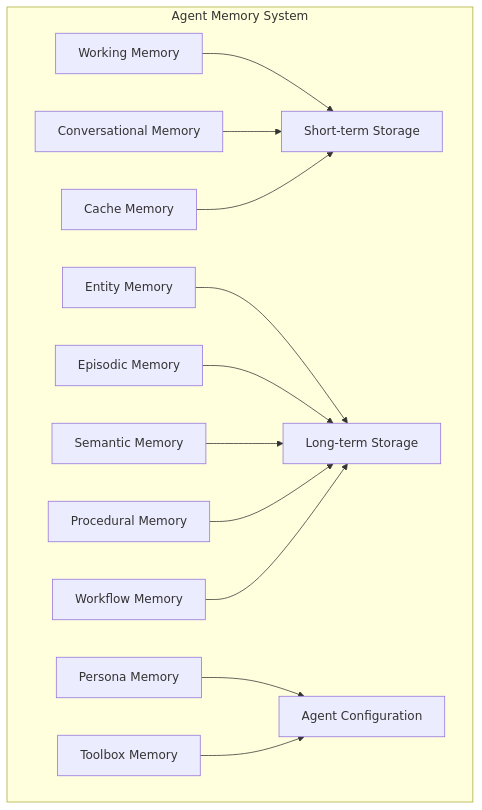
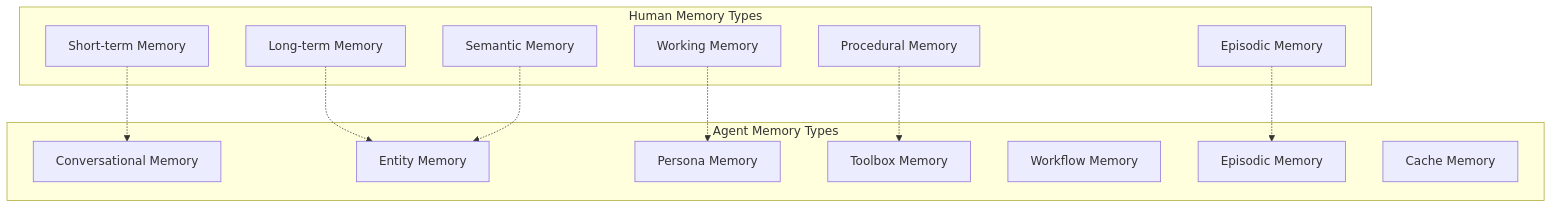
One commit to bredmond1019/learn-ai changed the diagram in content/learn/paths/agent-memory-systems/modules/02-memory-types-architecture.mdx. Above: the diagram before and after it, drawn with Mermaid. The commit also changed other lines of this file and 81 other files, not shown here.

````diff
--- a/content/learn/paths/agent-memory-systems/modules/02-memory-types-architecture.mdx
+++ b/content/learn/paths/agent-memory-systems/modules/02-memory-types-architecture.mdx
@@ -16,15 +29,28 @@
 ```mermaid
 graph TB
-    subgraph "Agent Memory System"
-        A[Working Memory] --> B[Short-term Storage]
-        C[Conversational Memory] --> B
-        D[Entity Memory] --> E[Long-term Storage]
-        F[Episodic Memory] --> E
-        G[Semantic Memory] --> E
-        H[Procedural Memory] --> E
-        I[Persona Memory] --> J[Agent Configuration]
-        K[Toolbox Memory] --> J
-        L[Workflow Memory] --> E
-        M[Cache Memory] --> B
+    subgraph "Human Memory Types"
+        A[Short-term Memory]
+        B[Long-term Memory]
+        C[Working Memory]
+        D[Episodic Memory]
+        E[Semantic Memory]
+        F[Procedural Memory]
     end
+    
+    subgraph "Agent Memory Types"
+        G[Conversational Memory]
+        H[Entity Memory]
+        I[Persona Memory]
+        J[Toolbox Memory]
+        K[Workflow Memory]
+        L[Episodic Memory]
+        M[Cache Memory]
+    end
+    
+    A -.-> G
+    B -.-> H
+    C -.-> I
+    D -.-> L
+    E -.-> H
+    F -.-> J
 ```
````
